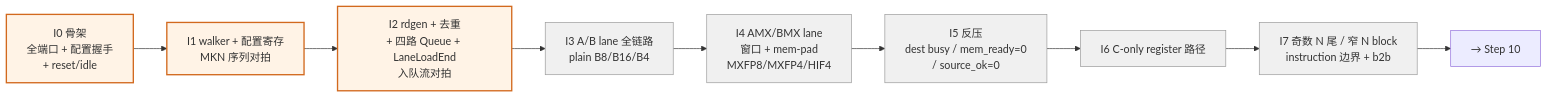
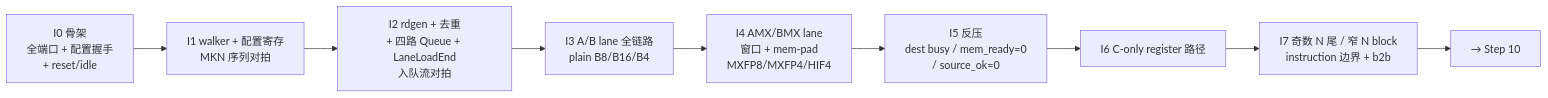
Before and after one commit to SilinYe2001/pyCircuit_0316: the third of 3 diagrams in designs/LFSM/pycircuit/report/十步工作流流程图_LFSM设计实例.md, drawn with Mermaid. The commit also changed other lines of this file, not shown here.

````diff
--- a/designs/LFSM/pycircuit/report/十步工作流流程图_LFSM设计实例.md
+++ b/designs/LFSM/pycircuit/report/十步工作流流程图_LFSM设计实例.md
@@ -132,16 +122,11 @@
 ```mermaid
 flowchart LR
     I0["I0 骨架<br/>全端口 + 配置握手<br/>+ reset/idle"] --> I1["I1 walker + 配置寄存<br/>MKN 序列对拍"]
     I1 --> I2["I2 rdgen + 去重<br/>+ 四路 Queue + LaneLoadEnd<br/>入队流对拍"]
     I2 --> I3["I3 A/B lane 全链路<br/>plain B8/B16/B4"]
     I3 --> I4["I4 AMX/BMX lane<br/>窗口 + mem-pad<br/>MXFP8/MXFP4/HIF4"]
     I4 --> I5["I5 反压<br/>dest busy / mem_ready=0<br/>/ source_ok=0"]
     I5 --> I6["I6 C-only register 路径"]
     I6 --> I7["I7 奇数 N 尾 / 窄 N block<br/>instruction 边界 + b2b"]
     I7 --> S10["→ Step 10"]
-
-    classDef doing fill:#fff3e6,stroke:#d2691e,stroke-width:2px;
-    classDef todo fill:#f0f0f0,stroke:#999999;
-    class I0,I1,I2 doing;
-    class I3,I4,I5,I6,I7 todo;
 ```
````
